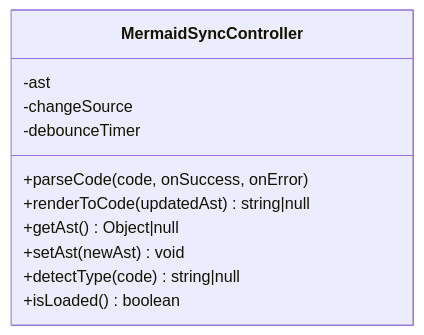
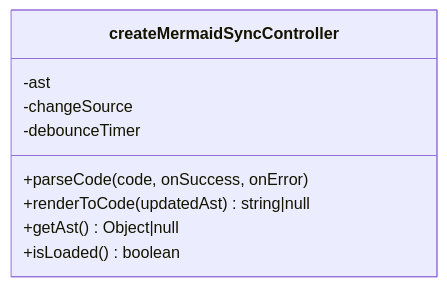
Before and after one commit to ongchonghian/universal-diagram-editor: the fifth of 7 diagrams in .qoder/repowiki/en/content/Editor Architecture/Visual Editors/Visual Editors.md, drawn with Mermaid. The commit also changed other lines of this file and 31 other files, not shown here.

````diff
--- a/.qoder/repowiki/en/content/Editor Architecture/Visual Editors/Visual Editors.md
+++ b/.qoder/repowiki/en/content/Editor Architecture/Visual Editors/Visual Editors.md
@@ -232,14 +203,12 @@
 ```mermaid
 classDiagram
-class MermaidSyncController {
+class createMermaidSyncController {
 -ast
 -changeSource
 -debounceTimer
 +parseCode(code, onSuccess, onError)
 +renderToCode(updatedAst) string|null
 +getAst() Object|null
-+setAst(newAst) void
-+detectType(code) string|null
 +isLoaded() boolean
 }
 ```
````
